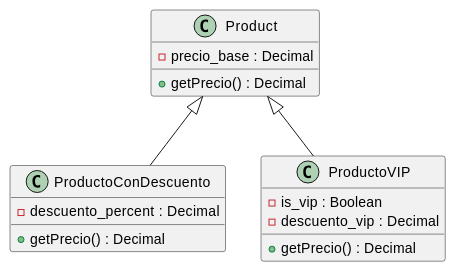
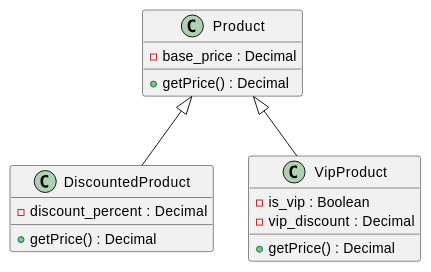
One commit to jcg-admin/IACT-docs changed the second of 7 diagrams in source/normativa/estandares/metodologia-oop-para-ucs.rst. Above: the diagram before and after it, drawn with PlantUML. The commit also changed other lines of this file and 1 other file, not shown here.

```diff
--- a/source/normativa/estandares/metodologia-oop-para-ucs.rst
+++ b/source/normativa/estandares/metodologia-oop-para-ucs.rst
@@ -189,20 +189,20 @@
 .. uml::
 
    @startuml
 
    class Product {
-     - precio_base : Decimal
-     + getPrecio() : Decimal
+     - base_price : Decimal
+     + getPrice() : Decimal
    }
-   class ProductoConDescuento {
-     - descuento_percent : Decimal
-     + getPrecio() : Decimal
+   class DiscountedProduct {
+     - discount_percent : Decimal
+     + getPrice() : Decimal
    }
-   class ProductoVIP {
+   class VipProduct {
      - is_vip : Boolean
-     - descuento_vip : Decimal
-     + getPrecio() : Decimal
+     - vip_discount : Decimal
+     + getPrice() : Decimal
    }
-   Product <|-- ProductoConDescuento
-   Product <|-- ProductoVIP
+   Product <|-- DiscountedProduct
+   Product <|-- VipProduct
    @enduml
```
